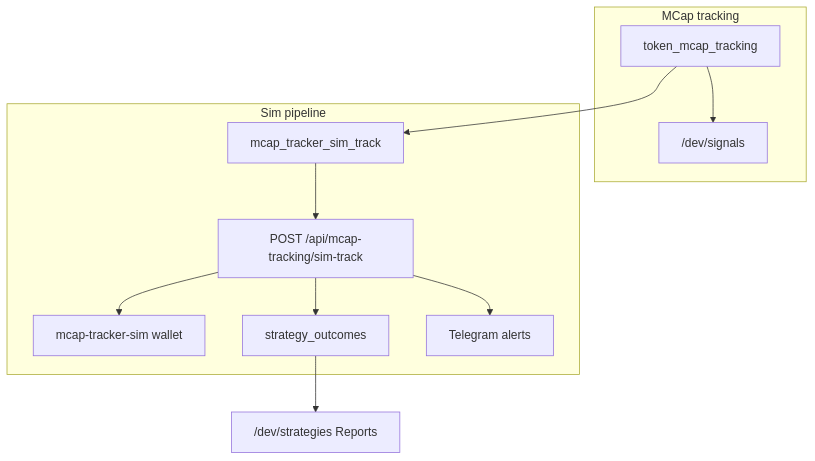
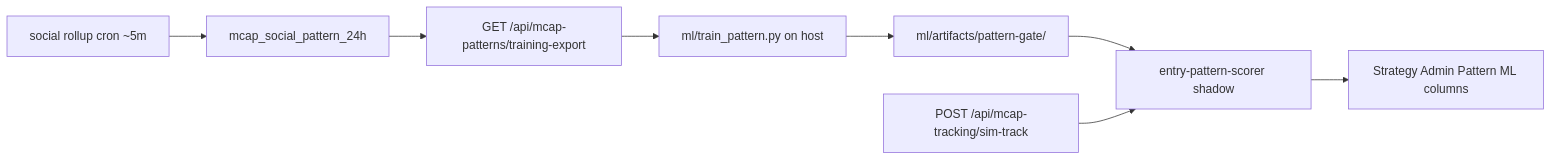
One commit to studentofcoding/reloadsol changed the diagram in handoff.md. Above: the diagram before and after it, drawn with Mermaid. The commit also changed other lines of this file and 24 other files, not shown here.

````diff
--- a/handoff.md
+++ b/handoff.md
@@ -152,23 +47,10 @@
 ```mermaid
-flowchart TB
-  subgraph tracking [MCap tracking]
-    TMT[token_mcap_tracking]
-    Signals["/dev/signals"]
-    TMT --> Signals
-  end
-
-  subgraph sim [Sim pipeline]
-    Worker[mcap_tracker_sim_track]
-    SimTrack["POST /api/mcap-tracking/sim-track"]
-    Wallet[mcap-tracker-sim wallet]
-    Outcomes[strategy_outcomes]
-    TG[Telegram alerts]
-    Worker --> SimTrack
-    SimTrack --> Wallet
-    SimTrack --> Outcomes
-    SimTrack --> TG
-  end
-
-  TMT --> Worker
-  Outcomes --> Reports["/dev/strategies Reports"]
+flowchart LR
+  Rollup[social rollup cron ~5m] --> Pat24[mcap_social_pattern_24h]
+  Pat24 --> Export[GET /api/mcap-patterns/training-export]
+  Export --> Train[ml/train_pattern.py on host]
+  Train --> ONNX[ml/artifacts/pattern-gate/]
+  ONNX --> Shadow[entry-pattern-scorer shadow]
+  SimTrack[POST /api/mcap-tracking/sim-track] --> Shadow
+  Shadow --> UI[Strategy Admin Pattern ML columns]
 ```
````
